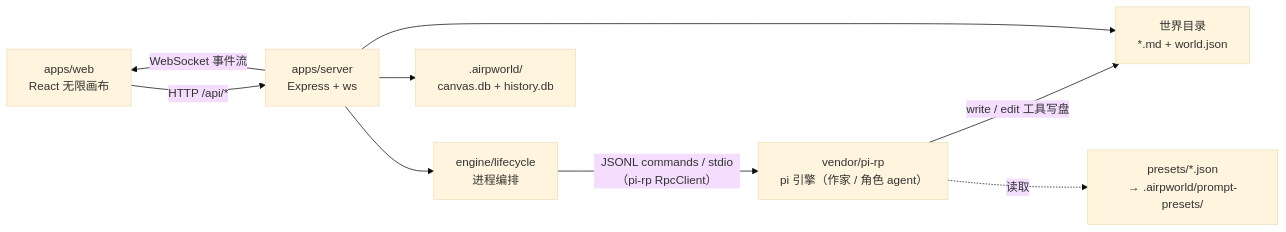
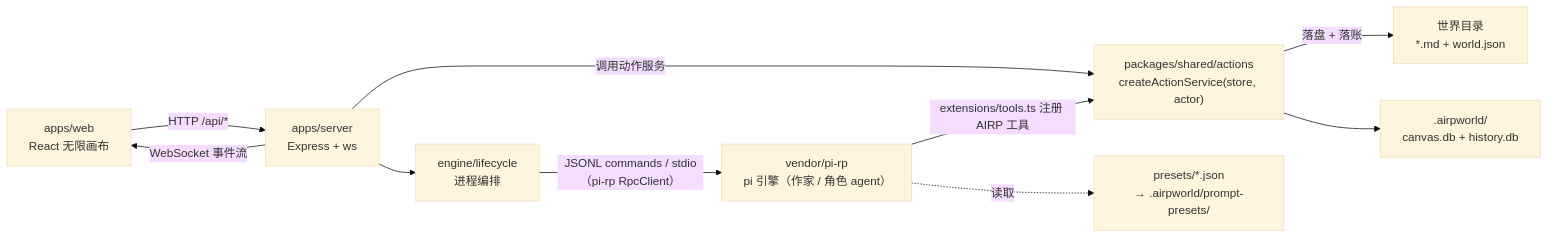
The diagram in AGENTS.md (LudicDynamics/hackathon), drawn with Mermaid (base theme) before and after one commit. The commit also changed other lines of this file and 95 other files, not shown here.

````diff
--- a/AGENTS.md
+++ b/AGENTS.md
@@ -81,11 +93,12 @@
 ```mermaid
 graph LR
   W["apps/web<br/>React 无限画布"] -->|"HTTP /api/*"| S["apps/server<br/>Express + ws"]
   S -->|"WebSocket 事件流"| W
+  S -->|"调用动作服务"| A["packages/shared/actions<br/>createActionService(store, actor)"]
   S --> L["engine/lifecycle<br/>进程编排"]
   L -->|"JSONL commands / stdio（pi-rp RpcClient）"| P["vendor/pi-rp<br/>pi 引擎（作家 / 角色 agent）"]
-  P -->|"write / edit 工具写盘"| FS["世界目录<br/>*.md + world.json"]
-  S --> FS
-  S --> DB[".airpworld/<br/>canvas.db + history.db"]
+  P -->|"extensions/tools.ts 注册 AIRP 工具"| A
+  A -->|"落盘 + 落账"| FS["世界目录<br/>*.md + world.json"]
+  A --> DB[".airpworld/<br/>canvas.db + history.db"]
   P -.->|"读取"| PR["presets/*.json<br/>→ .airpworld/prompt-presets/"]
 ```
````
